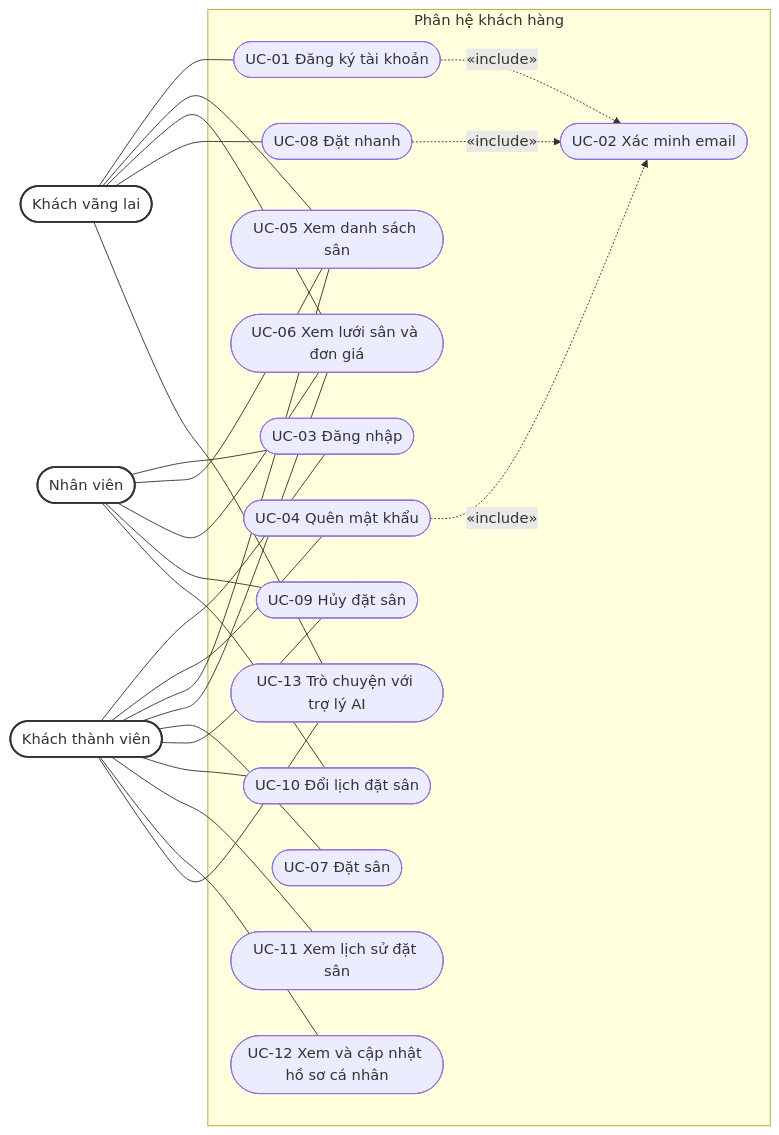
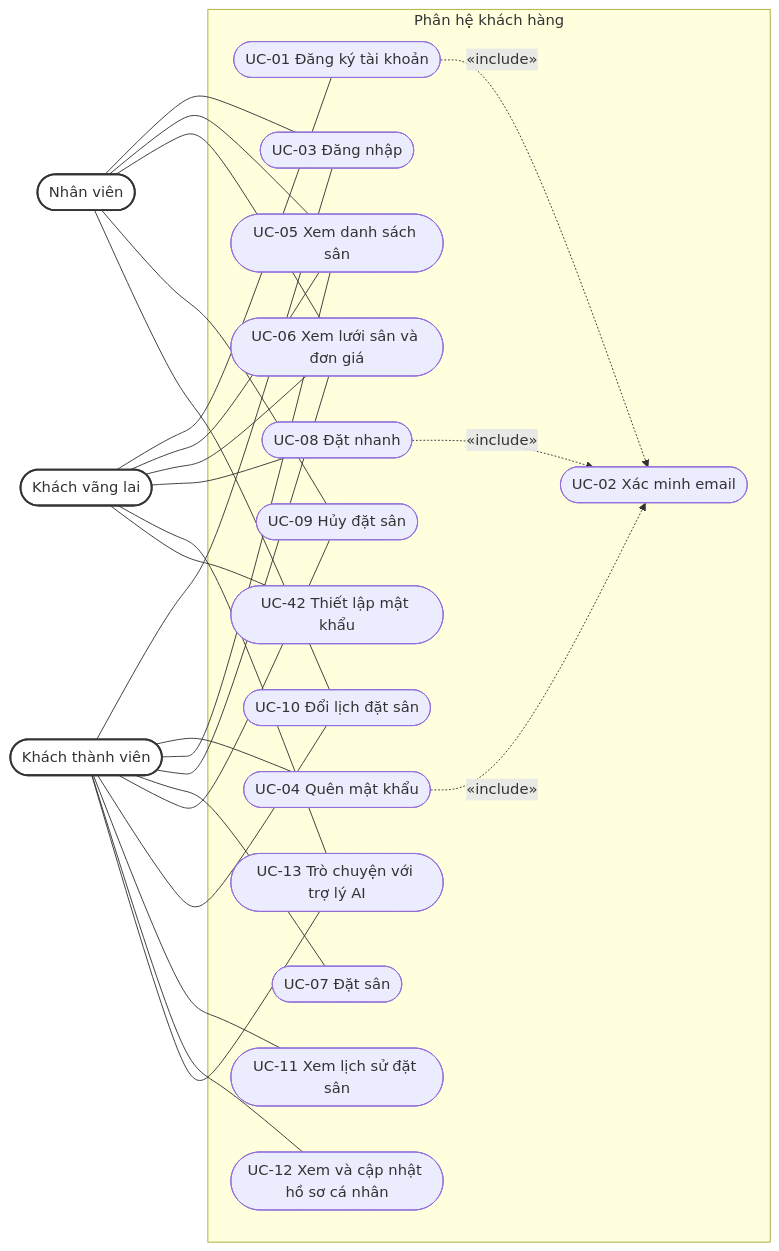
One commit to BOI0808/ShuttleVNBackend changed the first of 3 diagrams in docs/product/UseCase.md. Above: the diagram before and after it, drawn with Mermaid. The commit also changed other lines of this file and 6 other files, not shown here.

````diff
--- a/docs/product/UseCase.md
+++ b/docs/product/UseCase.md
@@ -42,32 +44,33 @@
 ```mermaid
 flowchart LR
     KVL(["Khách vãng lai"]):::actor
     KTV(["Khách thành viên"]):::actor
     NV(["Nhân viên"]):::actor
 
     subgraph SYS1["Phân hệ khách hàng"]
         UC01(["UC-01 Đăng ký tài khoản"])
         UC02(["UC-02 Xác minh email"])
         UC03(["UC-03 Đăng nhập"])
         UC04(["UC-04 Quên mật khẩu"])
         UC05(["UC-05 Xem danh sách sân"])
         UC06(["UC-06 Xem lưới sân và đơn giá"])
         UC07(["UC-07 Đặt sân"])
         UC08(["UC-08 Đặt nhanh"])
         UC09(["UC-09 Hủy đặt sân"])
         UC10(["UC-10 Đổi lịch đặt sân"])
         UC11(["UC-11 Xem lịch sử đặt sân"])
         UC12(["UC-12 Xem và cập nhật hồ sơ cá nhân"])
         UC13(["UC-13 Trò chuyện với trợ lý AI"])
+        UC42(["UC-42 Thiết lập mật khẩu"])
     end
 
-    KVL --- UC01 & UC05 & UC06 & UC08 & UC13
+    KVL --- UC01 & UC05 & UC06 & UC08 & UC13 & UC42
     KTV --- UC03 & UC04 & UC05 & UC06 & UC07 & UC09 & UC10 & UC11 & UC12 & UC13
     NV --- UC03 & UC05 & UC06 & UC09 & UC10
 
     UC01 -.->|"«include»"| UC02
     UC04 -.->|"«include»"| UC02
     UC08 -.->|"«include»"| UC02
 
     classDef actor fill:#ffffff,stroke:#333333,stroke-width:2px
 ```
````
